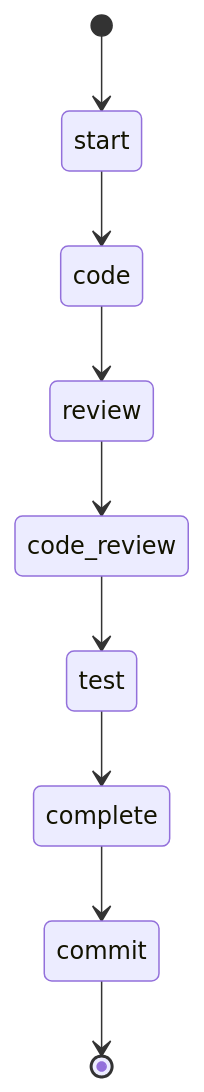
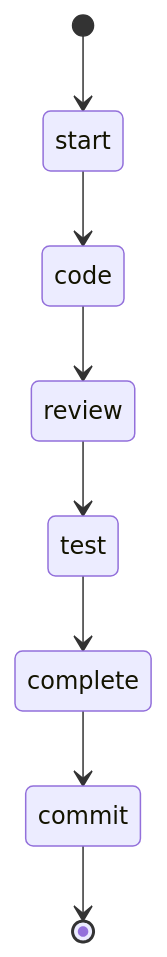
Before and after one commit to swissarmyhammer/swissarmyhammer: the diagram in builtin/workflows/do_issue.md, drawn with Mermaid. The commit also changed other lines of this file and 29 other files, not shown here.

First line of the commit message:
refactor: migrate review prompts to rules system and remove CODE_REVIEW.md pattern

````diff
--- a/builtin/workflows/do_issue.md
+++ b/builtin/workflows/do_issue.md
@@ -10,11 +10,10 @@
 ```mermaid
 stateDiagram-v2
     [*] --> start
     start --> code
     code --> review
-    review --> code_review
-    code_review --> test
+    review --> test
     test --> complete
     complete --> commit
     commit --> [*]
 ```
````
